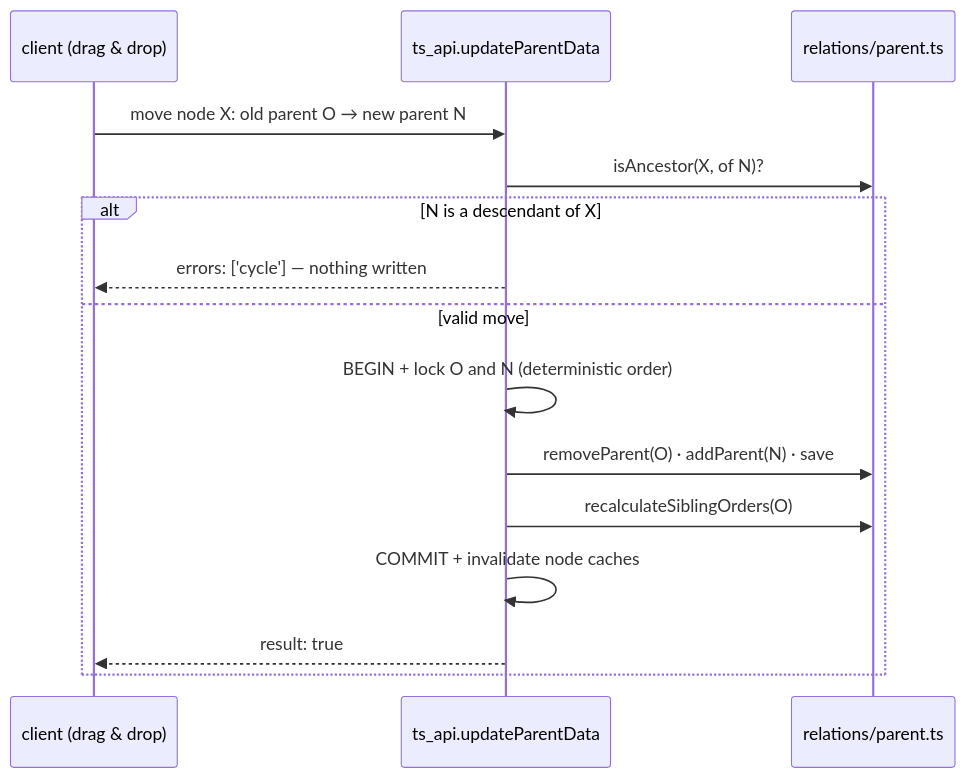
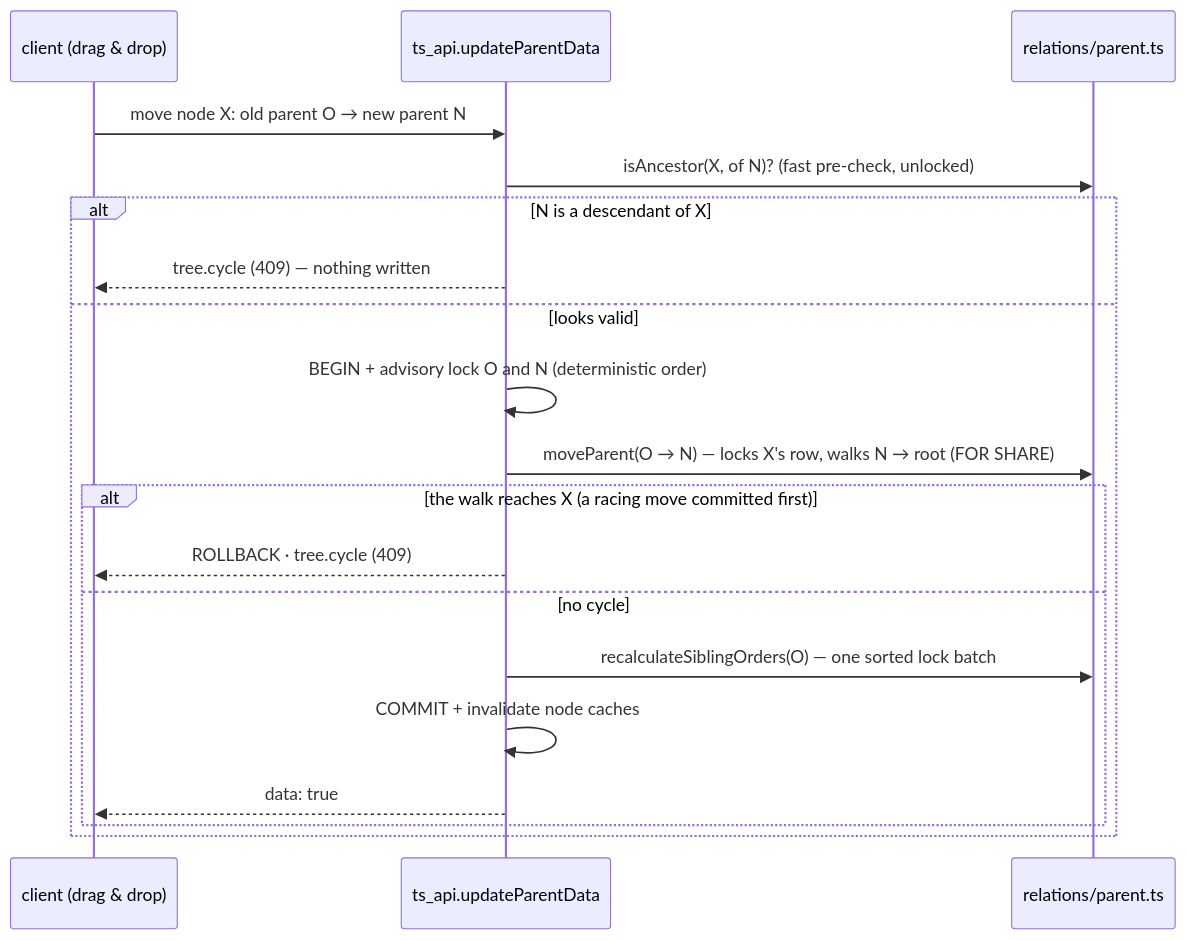
Before and after one commit to renderpci/dedalo: the second of 2 diagrams in docs/core/thesaurus/index.md, drawn with Mermaid. The commit also changed other lines of this file and 39 other files, not shown here.

````diff
--- a/docs/core/thesaurus/index.md
+++ b/docs/core/thesaurus/index.md
@@ -207,17 +274,21 @@
 ```mermaid
 sequenceDiagram
     participant C as client (drag & drop)
     participant A as ts_api.updateParentData
     participant P as relations/parent.ts
     C->>A: move node X: old parent O → new parent N
-    A->>P: isAncestor(X, of N)?
+    A->>P: isAncestor(X, of N)? (fast pre-check, unlocked)
     alt N is a descendant of X
-        A-->>C: errors: ['cycle'] — nothing written
-    else valid move
-        A->>A: BEGIN + lock O and N (deterministic order)
-        A->>P: removeParent(O) · addParent(N) · save
-        A->>P: recalculateSiblingOrders(O)
-        A->>A: COMMIT + invalidate node caches
-        A-->>C: result: true
+        A-->>C: tree.cycle (409) — nothing written
+    else looks valid
+        A->>A: BEGIN + advisory lock O and N (deterministic order)
+        A->>P: moveParent(O → N) — locks X's row, walks N → root (FOR SHARE)
+        alt the walk reaches X (a racing move committed first)
+            A-->>C: ROLLBACK · tree.cycle (409)
+        else no cycle
+            A->>P: recalculateSiblingOrders(O) — one sorted lock batch
+            A->>A: COMMIT + invalidate node caches
+            A-->>C: data: true
+        end
     end
 ```
````
